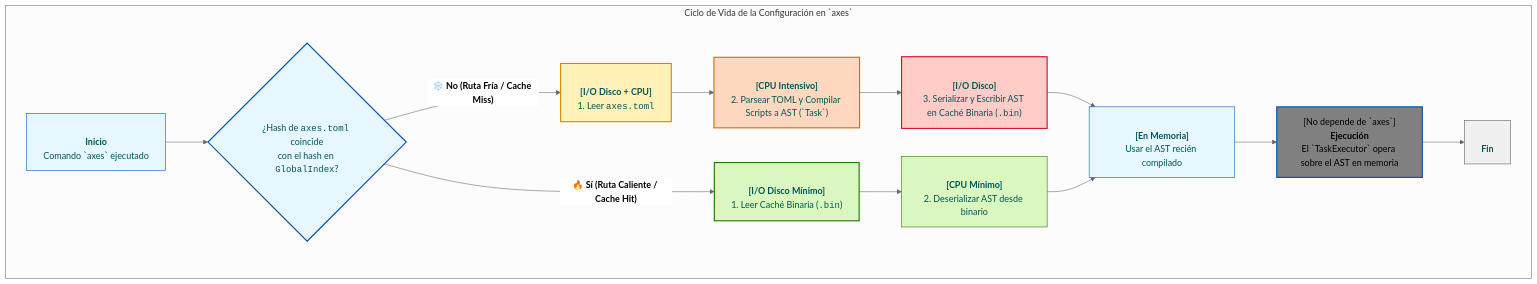
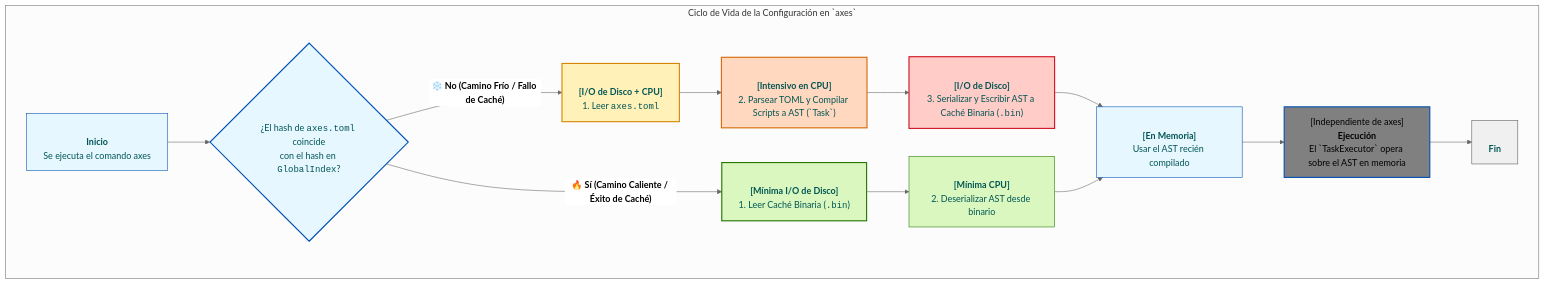
One commit to RetypeOS/axes changed the first of 3 diagrams in docs/es/TECHNICAL.md. Above: the diagram before and after it, drawn with Mermaid (neutral theme). The commit also changed other lines of this file and 17 other files, not shown here.

First line of the commit message:
feat: Enhance axes.toml configuration and add new low test scripts

````diff
--- a/docs/es/TECHNICAL.md
+++ b/docs/es/TECHNICAL.md
@@ -54,36 +57,36 @@
 ```mermaid
 graph TD
     subgraph "Ciclo de Vida de la Configuración en `axes`"
         
-        A["<br><b>Inicio</b><br>Comando `axes` ejecutado"] --> B{"<br>¿Hash de <code>axes.toml</code> coincide<br>con el hash en <code>GlobalIndex</code>?"}
+        A["<br><b>Inicio</b><br>Se ejecuta el comando axes"] --> B{"<br>¿El hash de <code>axes.toml</code> coincide<br>con el hash en <code>GlobalIndex</code>?"}
 
-        B -- "<b>❄️ No (Ruta Fría / Cache Miss)</b>" --> C_IO["<br><b>[I/O Disco + CPU]</b><br>1. Leer <code>axes.toml</code>"]
-        C_IO --> C_CPU["<br><b>[CPU Intensivo]</b><br>2. Parsear TOML y Compilar Scripts a AST (`Task`)"]
-        C_CPU --> D_IO["<br><b>[I/O Disco]</b><br>3. Serializar y Escribir AST en Caché Binaria (<code>.bin</code>)"]
+        B -- "<b>❄️ No (Camino Frío / Fallo de Caché)</b>" --> C_IO["<br><b>[I/O de Disco + CPU]</b><br>1. Leer <code>axes.toml</code>"]
+        C_IO --> C_CPU["<br><b>[Intensivo en CPU]</b><br>2. Parsear TOML y Compilar Scripts a AST (`Task`)"]
+        C_CPU --> D_IO["<br><b>[I/O de Disco]</b><br>3. Serializar y Escribir AST a Caché Binaria (<code>.bin</code>)"]
         D_IO --> E["<br><b>[En Memoria]</b><br>Usar el AST recién compilado"]
         
-        B -- "<b>🔥 Sí (Ruta Caliente / Cache Hit)</b>" --> H_IO["<br><b>[I/O Disco Mínimo]</b><br>1. Leer Caché Binaria (<code>.bin</code>)"]
-        H_IO --> H_CPU["<br><b>[CPU Mínimo]</b><br>2. Deserializar AST desde binario"]
+        B -- "<b>🔥 Sí (Camino Caliente / Éxito de Caché)</b>" --> H_IO["<br><b>[Mínima I/O de Disco]</b><br>1. Leer Caché Binaria (<code>.bin</code>)"]
+        H_IO --> H_CPU["<br><b>[Mínima CPU]</b><br>2. Deserializar AST desde binario"]
         H_CPU --> E
         
-        E --> F["[No depende de `axes`]<br><b>Ejecución</b><br>El `TaskExecutor` opera sobre el AST en memoria"]
+        E --> F["[Independiente de axes]<br><b>Ejecución</b><br>El `TaskExecutor` opera sobre el AST en memoria"]
         F --> G["<br><b>Fin</b><br>"]
 
     end
 
     %% Nodos de bajo coste (operaciones en memoria, decisiones)
     style A fill:#e6f7ff,stroke:#0050b3,stroke-width:1px,color:#055
     style B fill:#e6f7ff,stroke:#0050b3,stroke-width:2px,color:#055
     style E fill:#e6f7ff,stroke:#0050b3,stroke-width:1px,color:#055
     style F fill:#808080,stroke:#0050b3,stroke-width:2px
     style G fill:#f0f0f0,stroke:#595959,stroke-width:1px,color:#055
 
-    %% Nodos de la Ruta Caliente (I/O y CPU optimizados)
+    %% Nodos de Camino Caliente (I/O y CPU optimizados)
     style H_IO fill:#d9f7be,stroke:#237804,stroke-width:2px,color:#055
     style H_CPU fill:#d9f7be,stroke:#237804,stroke-width:1px,color:#055
     
-    %% Nodos de la Ruta Fría (Coste alto)
+    %% Nodos de Camino Frío (Alto Coste)
     style C_IO fill:#fff1b8,stroke:#d48806,stroke-width:2px,color:#055
     style C_CPU fill:#ffd8bf,stroke:#d46b08,stroke-width:2px,color:#055
     style D_IO fill:#ffccc7,stroke:#cf1322,stroke-width:2px,color:#055
 ```
````
